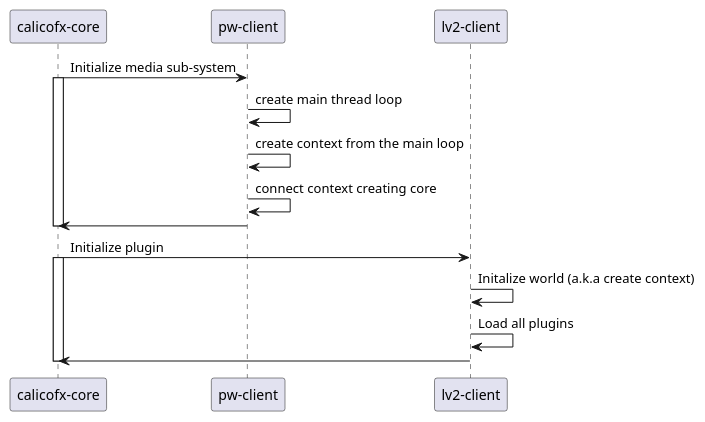
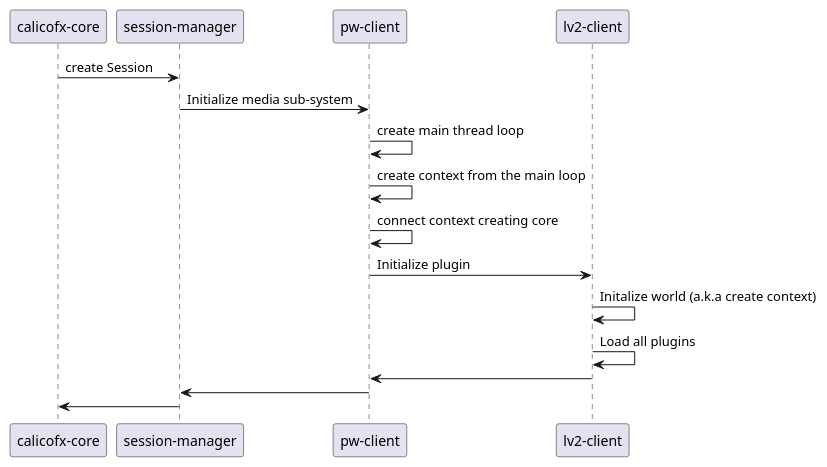
Before and after one commit to abhimanyu-g/calicofx-core: the eighth of 15 diagrams in doc/design.org, drawn with PlantUML. The commit also changed other lines of this file, not shown here.

Commit message:
[doc] Adding Session manager constructor
Added session manager constructor to hierarchically initialize all the
nested subsystems

```diff
--- a/doc/design.org
+++ b/doc/design.org
@@ -283,21 +284,23 @@
 #+begin_src plantuml :file /tmp/calicofx-initialization.png :exports results
   @startuml
   participant "calicofx-core" as core
+  participant "session-manager" as mgr
   participant "pw-client" as pw
   participant "lv2-client" as lv2
 
-  core->pw:Initialize media sub-system
-  activate core
-        pw->pw:create main thread loop
-        pw->pw:create context from the main loop
-        pw->pw:connect context creating core
-        pw->core
-  deactivate core
-  core->lv2:Initialize plugin
-  activate core
-        lv2->lv2:Initalize world (a.k.a create context)
-        lv2->lv2:Load all plugins
-        lv2->core
-  deactivate core
+  core->mgr: create Session
+  mgr->pw:Initialize media sub-system
+
+  pw->pw:create main thread loop
+  pw->pw:create context from the main loop
+  pw->pw:connect context creating core
+
+  pw->lv2:Initialize plugin
+  lv2->lv2:Initalize world (a.k.a create context)
+  lv2->lv2:Load all plugins
+  lv2->pw
+  pw->mgr
+  mgr->core
+
   @enduml
 #+end_src
```
